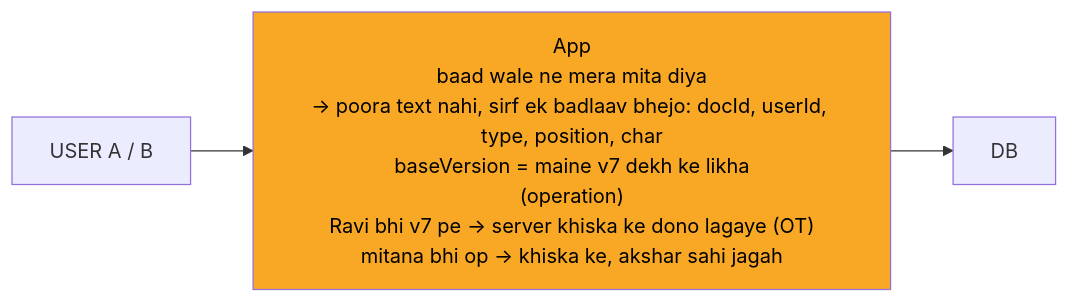
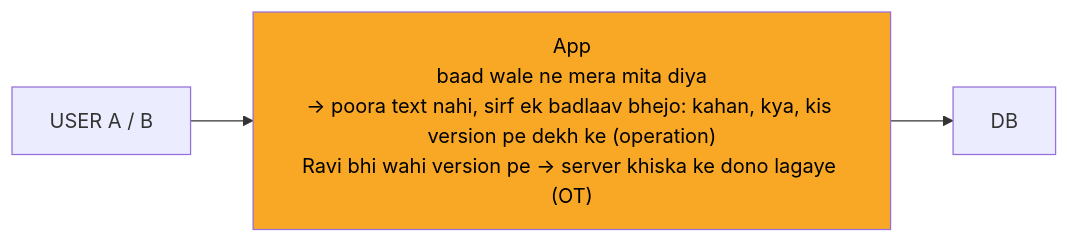
Before and after one commit to ArpanMaheshwari144/Prep: the diagram in 04_HLD/SYSTEM_DESIGNS/11_google_docs_collab/img/c1.mmd, drawn with Mermaid. The commit also changed 36 other files, not shown here.

```diff
--- a/04_HLD/SYSTEM_DESIGNS/11_google_docs_collab/img/c1.mmd
+++ b/04_HLD/SYSTEM_DESIGNS/11_google_docs_collab/img/c1.mmd
@@ -1,8 +1,8 @@
 %%{init: {"flowchart": {"wrappingWidth": 450}}}%%
 flowchart LR
     n_USER["USER A / B"]
-    n_App["App<br/>baad wale ne mera mita diya<br/>-> poora text nahi, sirf ek badlaav bhejo: docId, userId, type, position, char<br/>baseVersion = maine v7 dekh ke likha<br/>(operation)<br/>Ravi bhi v7 pe -> server khiska ke dono lagaye (OT)<br/>mitana bhi op -> khiska ke, akshar sahi jagah"]
+    n_App["App<br/>baad wale ne mera mita diya<br/>-> poora text nahi, sirf ek badlaav bhejo: kahan, kya, kis version pe dekh ke (operation)<br/>Ravi bhi wahi version pe -> server khiska ke dono lagaye (OT)"]
     n_DB["DB"]
     n_USER --> n_App
     n_App --> n_DB
     style n_App fill:#f9a825,color:#000
```
